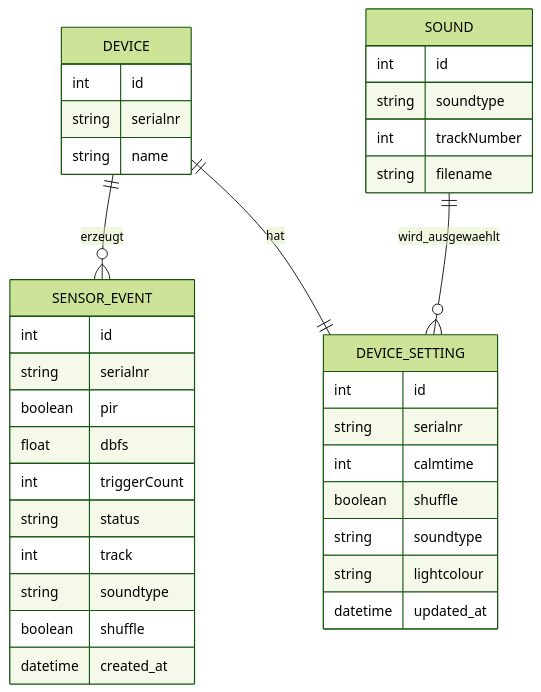
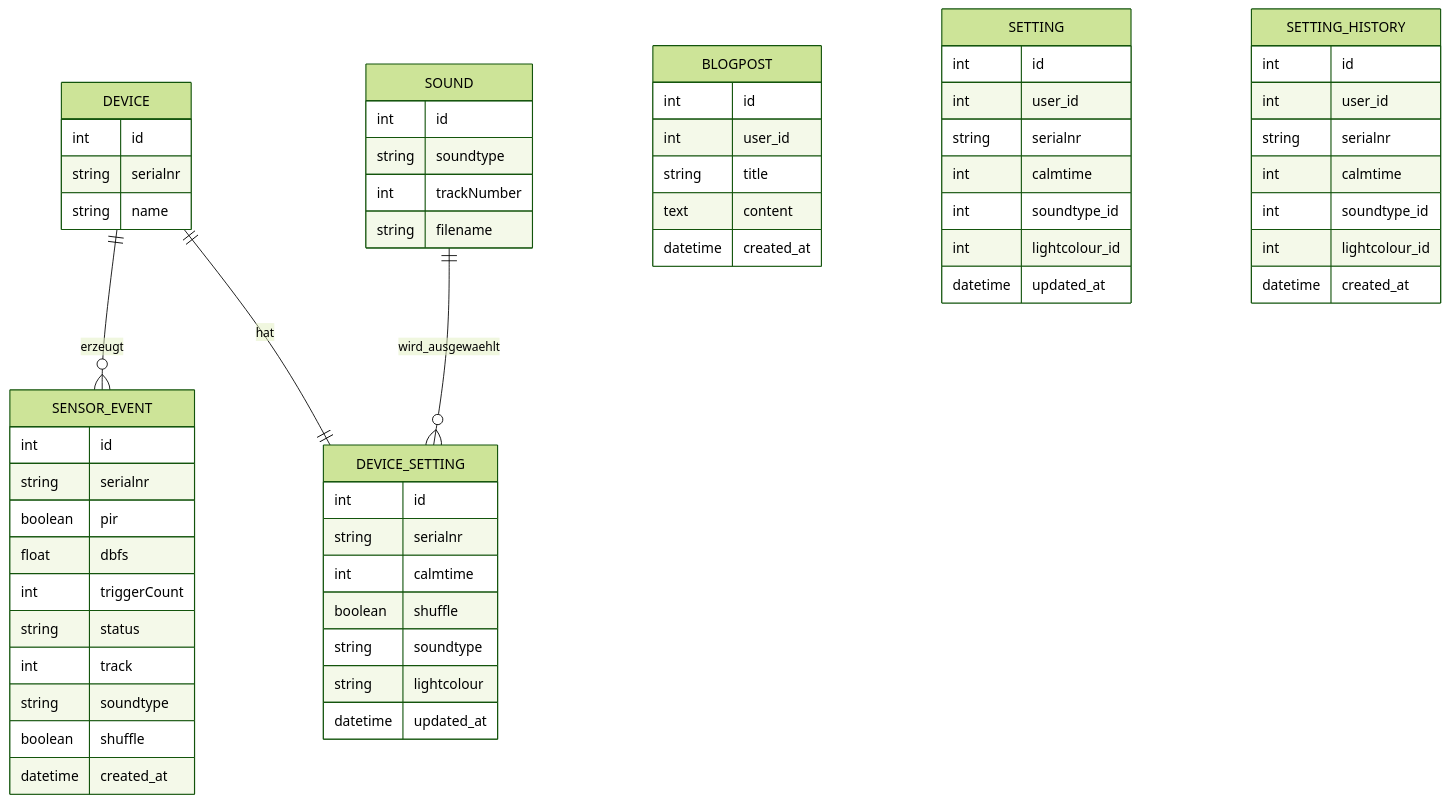
One commit to vanessalii/IM4_2026 changed the third of 3 diagrams in README.md. Above: the diagram before and after it, drawn with Mermaid (forest theme). The commit also changed other lines of this file and 1 other file, not shown here.

````diff
--- a/README.md
+++ b/README.md
@@ -459,42 +414,70 @@
 ```mermaid
 erDiagram
     DEVICE ||--o{ SENSOR_EVENT : erzeugt
     DEVICE ||--|| DEVICE_SETTING : hat
     SOUND ||--o{ DEVICE_SETTING : wird_ausgewaehlt
 
     DEVICE {
         int id
         string serialnr
         string name
     }
 
     SENSOR_EVENT {
         int id
         string serialnr
         boolean pir
         float dbfs
         int triggerCount
         string status
         int track
         string soundtype
         boolean shuffle
         datetime created_at
     }
 
     DEVICE_SETTING {
         int id
         string serialnr
         int calmtime
         boolean shuffle
         string soundtype
         string lightcolour
         datetime updated_at
     }
 
     SOUND {
         int id
         string soundtype
         int trackNumber
         string filename
     }
+
+    BLOGPOST { 
+        int id 
+        int user_id 
+        string title 
+        text content 
+        datetime created_at 
+        }
+
+        SETTING { 
+            int id
+            int user_id 
+            string serialnr 
+            int calmtime 
+            int soundtype_id 
+            int lightcolour_id 
+            datetime updated_at 
+            }
+
+        SETTING_HISTORY { 
+            int id 
+            int user_id 
+            string serialnr 
+            int calmtime 
+            int soundtype_id 
+            int lightcolour_id 
+            datetime created_at 
+            }
 ```
````
